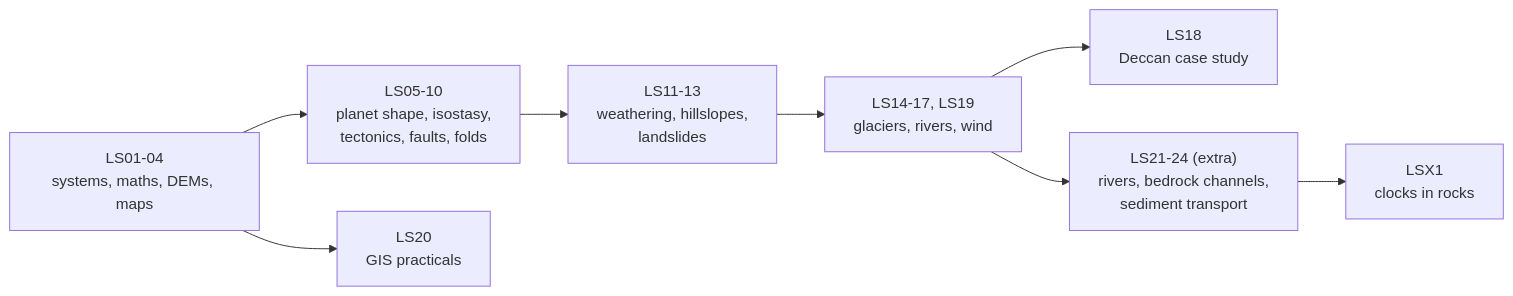
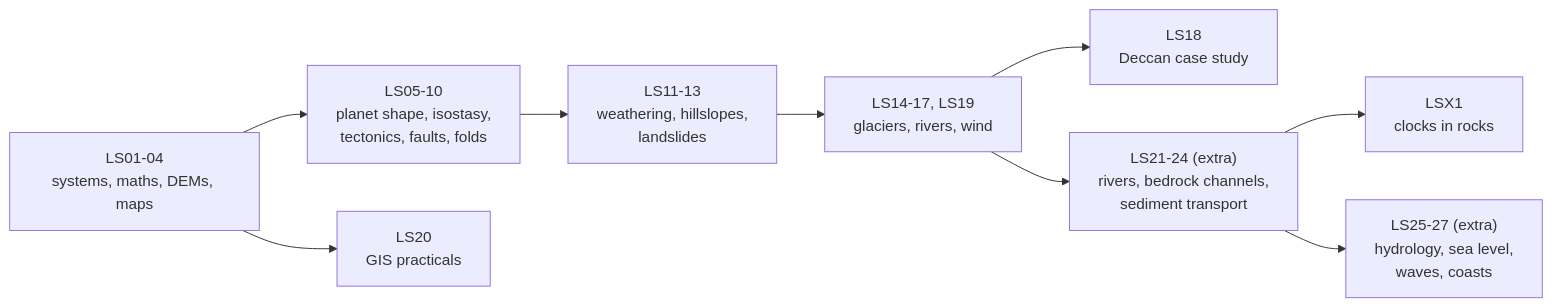
One commit to etswastik712/notes changed the diagram in 05-Landscapes-Geomorphology/Landscapes and Geomorphology - Course Map.md. Above: the diagram before and after it, drawn with Mermaid. The commit also changed other lines of this file and 28 other files, not shown here.

````diff
--- a/05-Landscapes-Geomorphology/Landscapes and Geomorphology - Course Map.md
+++ b/05-Landscapes-Geomorphology/Landscapes and Geomorphology - Course Map.md
@@ -66,10 +71,11 @@
 ```mermaid
 flowchart LR
   A["LS01-04<br/>systems, maths, DEMs, maps"] --> B["LS05-10<br/>planet shape, isostasy,<br/>tectonics, faults, folds"]
   B --> C["LS11-13<br/>weathering, hillslopes,<br/>landslides"]
   C --> D["LS14-17, LS19<br/>glaciers, rivers, wind"]
   D --> E["LS18<br/>Deccan case study"]
   A --> F["LS20<br/>GIS practicals"]
   D --> G["LS21-24 (extra)<br/>rivers, bedrock channels,<br/>sediment transport"]
   G --> H["LSX1<br/>clocks in rocks"]
+  G --> I["LS25-27 (extra)<br/>hydrology, sea level,<br/>waves, coasts"]
 ```
````
